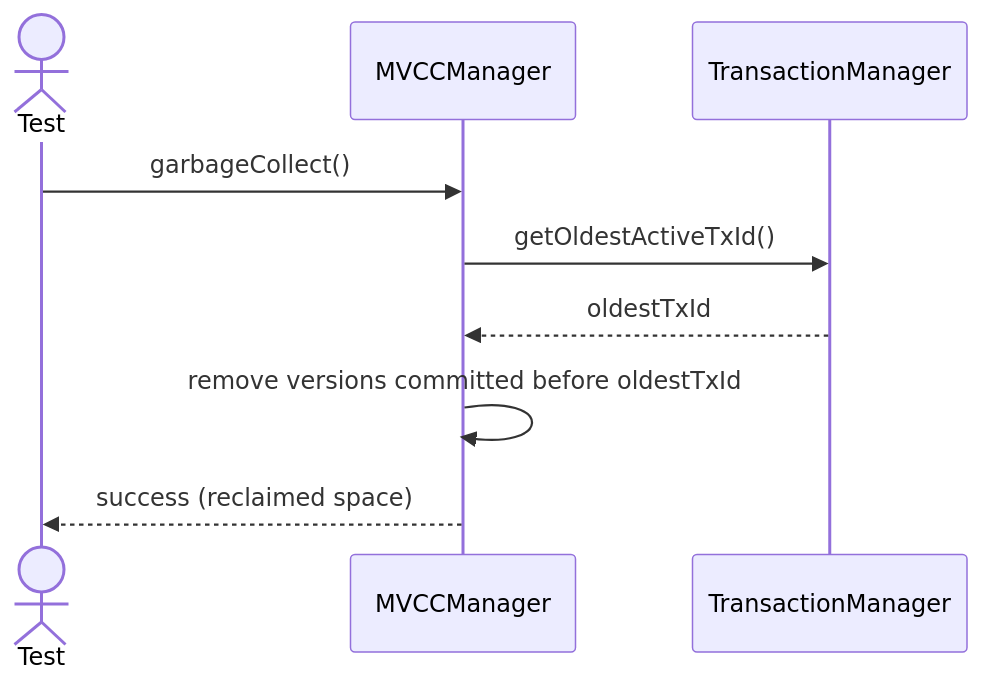
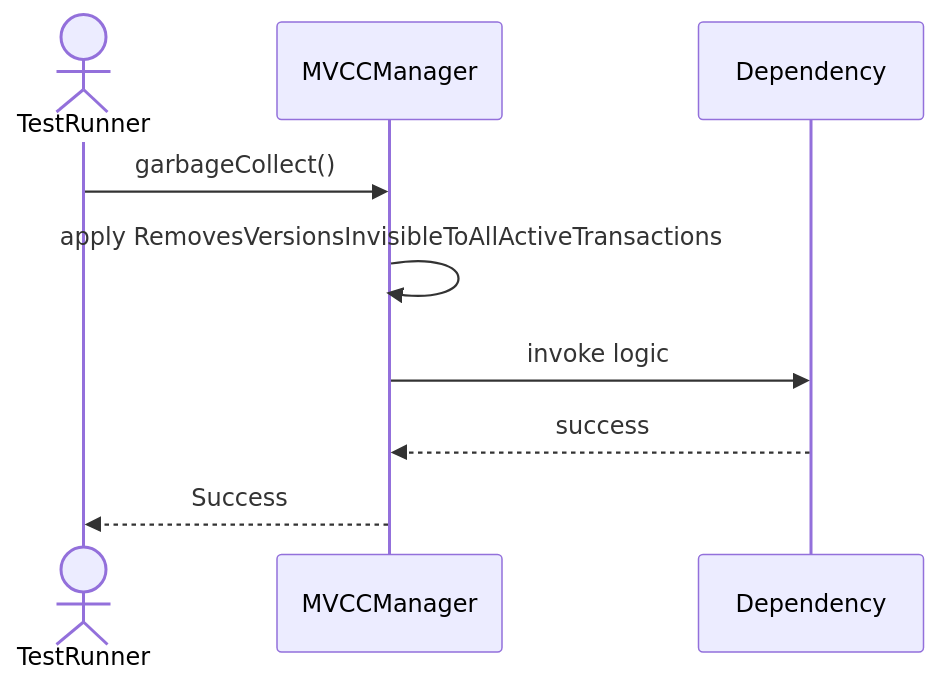
Before and after one commit to TamBui1706/DBMS: the second of 5 diagrams in Sequences/TransactionManagement/MVCCManager.md, drawn with Mermaid. The commit also changed other lines of this file and 63 other files, not shown here.

Commit message:
Draw sequence diagram for unit tests

````diff
--- a/Sequences/TransactionManagement/MVCCManager.md
+++ b/Sequences/TransactionManagement/MVCCManager.md
@@ -27,12 +31,10 @@
 ```mermaid
 sequenceDiagram
-    actor Test
+    actor TestRunner
     participant MVCCManager
-    participant TransactionManager
-
-    Test->>MVCCManager: garbageCollect()
-    MVCCManager->>TransactionManager: getOldestActiveTxId()
-    TransactionManager-->>MVCCManager: oldestTxId
-    MVCCManager->>MVCCManager: remove versions committed before oldestTxId
-    MVCCManager-->>Test: success (reclaimed space)
+    TestRunner->>MVCCManager: garbageCollect()
+    MVCCManager->>MVCCManager: apply RemovesVersionsInvisibleToAllActiveTransactions
+    MVCCManager->>Dependency: invoke logic
+    Dependency-->>MVCCManager: success
+    MVCCManager-->>TestRunner: Success
 ```
````
